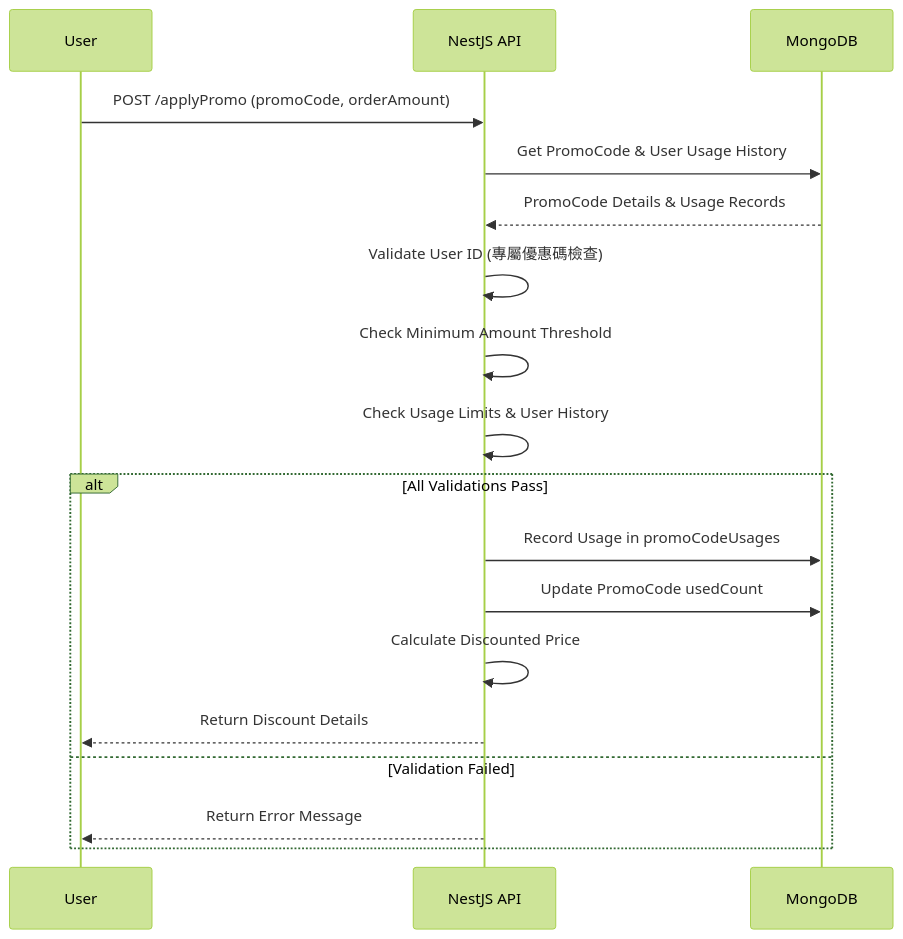
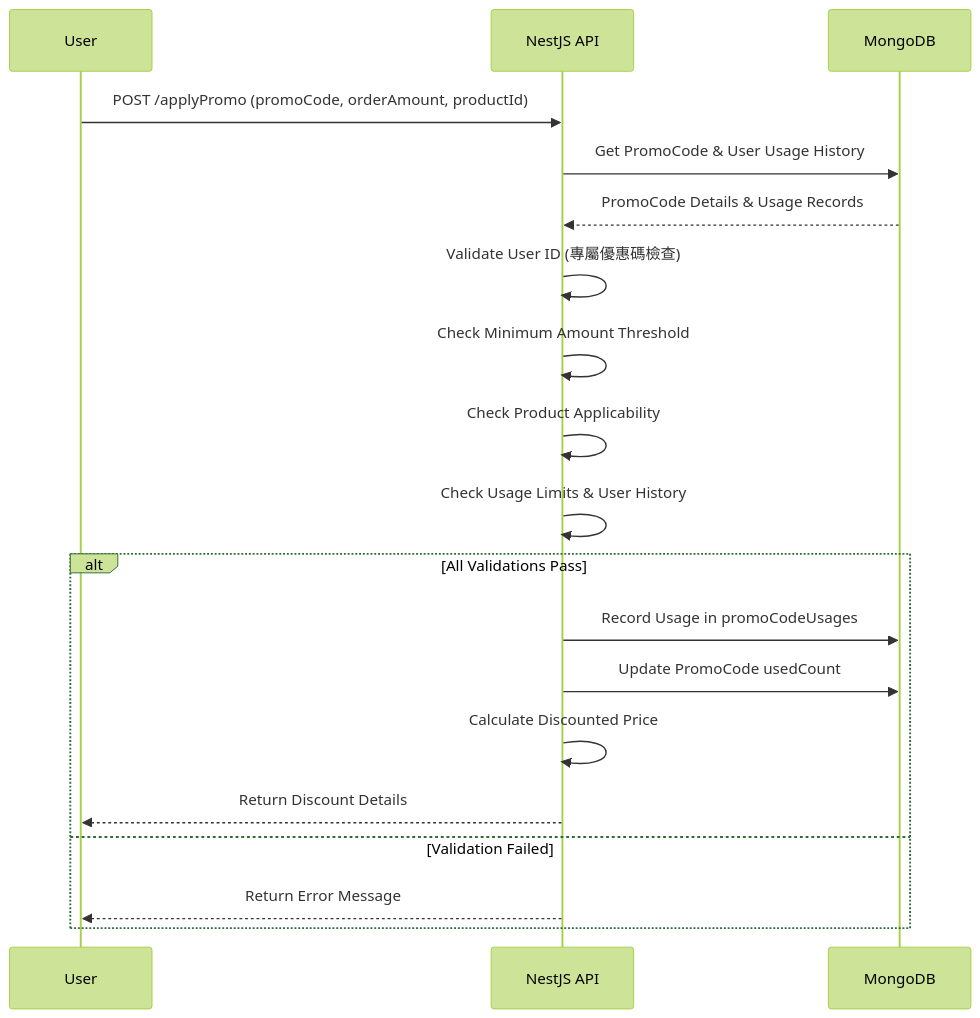
One commit to xxxhand/auto-billing-bot changed the sixth of 7 diagrams in docs/docs_0_7/billingBot_v0.7.1_system_design.markdown. Above: the diagram before and after it, drawn with Mermaid (forest theme). The commit also changed other lines of this file and 19 other files, not shown here.

````diff
--- a/docs/docs_0_7/billingBot_v0.7.1_system_design.markdown
+++ b/docs/docs_0_7/billingBot_v0.7.1_system_design.markdown
@@ -519,21 +529,22 @@
 ```mermaid
 sequenceDiagram
     participant User
     participant API as NestJS API
     participant DB as MongoDB
 
-    User->>API: POST /applyPromo (promoCode, orderAmount)
+    User->>API: POST /applyPromo (promoCode, orderAmount, productId)
     API->>DB: Get PromoCode & User Usage History
     DB-->>API: PromoCode Details & Usage Records
     API->>API: Validate User ID (專屬優惠碼檢查)
     API->>API: Check Minimum Amount Threshold
+    API->>API: Check Product Applicability
     API->>API: Check Usage Limits & User History
     alt All Validations Pass
         API->>DB: Record Usage in promoCodeUsages
         API->>DB: Update PromoCode usedCount
         API->>API: Calculate Discounted Price
         API-->>User: Return Discount Details
     else Validation Failed
         API-->>User: Return Error Message
     end
 ```
````
